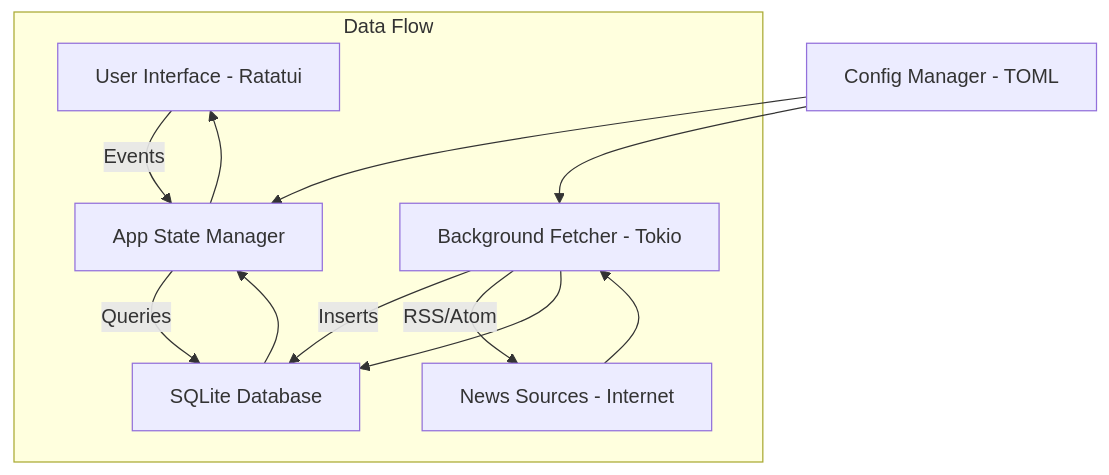
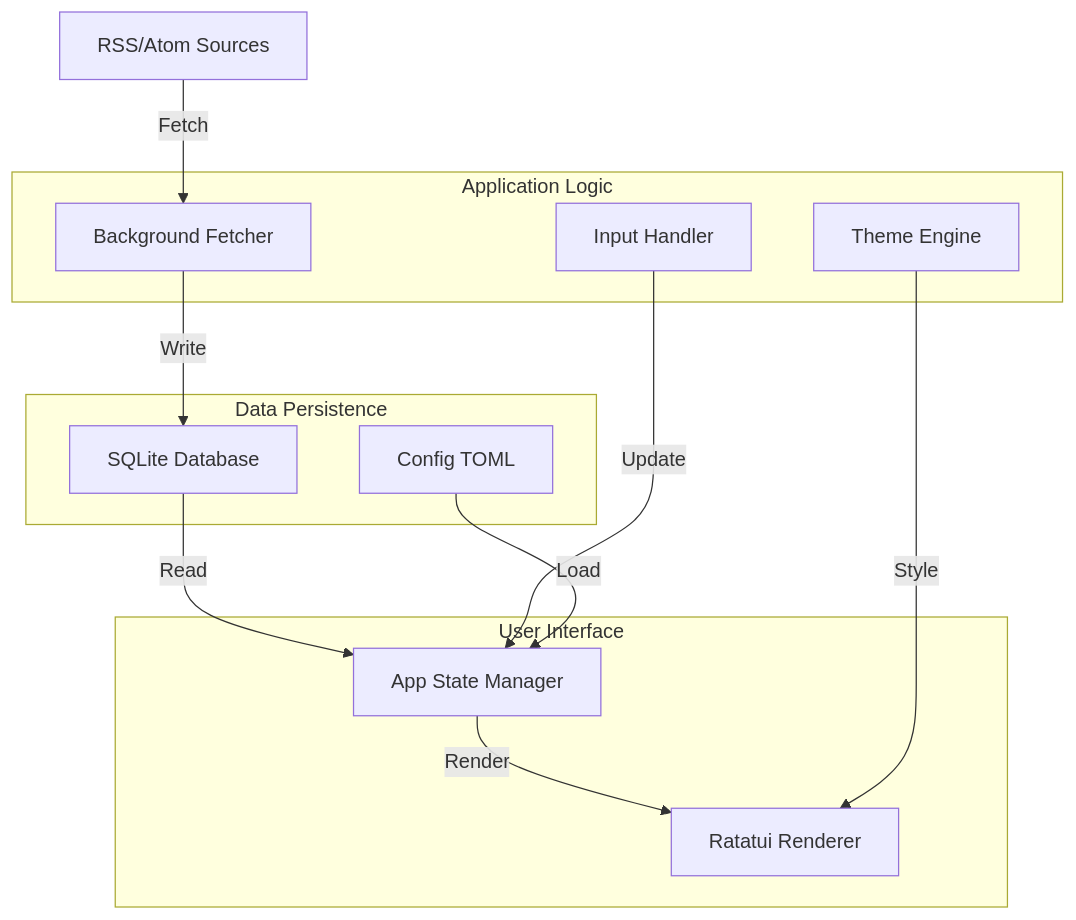
The diagram in README.md (rivadmorin/Ultra-Fast-Millisecond-News-TUI-in-Rust), drawn with Mermaid before and after one commit. The commit also changed other lines of this file and 4 other files, not shown here.

First line of the commit message:
feat: GitUI-inspired production-ready TUI with themes and architecture

````diff
--- a/README.md
+++ b/README.md
@@ -16,16 +18,26 @@
 ```mermaid
 graph TD
-    A[User Interface - Ratatui] -->|Events| B[App State Manager]
-    B -->|Queries| C[SQLite Database]
-    D[Background Fetcher - Tokio] -->|Inserts| C
-    D -->|RSS/Atom| E[News Sources - Internet]
-    F[Config Manager - TOML] --> B
-    F --> D
+    subgraph UI_Layer [User Interface]
+        A[Ratatui Renderer]
+        B[App State Manager]
+    end
 
-    subgraph "Data Flow"
-    E --> D
-    D --> C
-    C --> B
-    B --> A
+    subgraph Logic_Layer [Application Logic]
+        C[Input Handler]
+        D[Theme Engine]
+        E[Background Fetcher]
     end
+
+    subgraph Data_Layer [Data Persistence]
+        F[SQLite Database]
+        G[Config TOML]
+    end
+
+    H[RSS/Atom Sources] -->|Fetch| E
+    E -->|Write| F
+    F -->|Read| B
+    B -->|Render| A
+    C -->|Update| B
+    G -->|Load| B
+    D -->|Style| A
 ```
````
